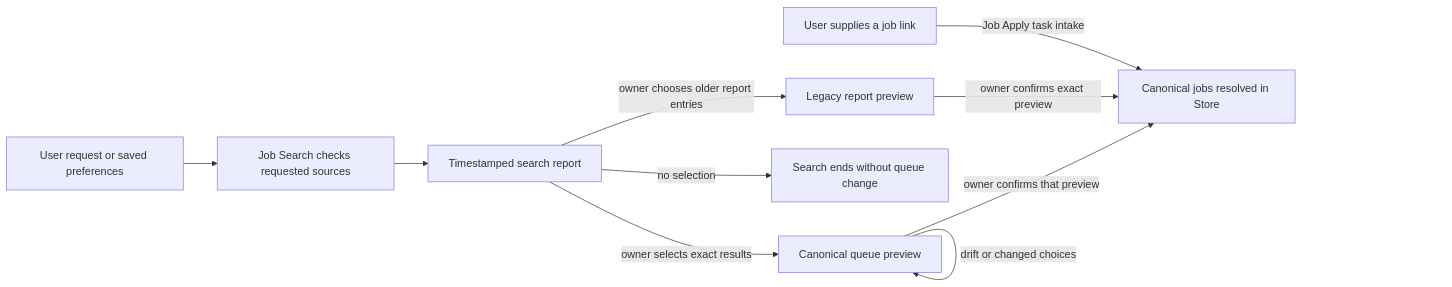
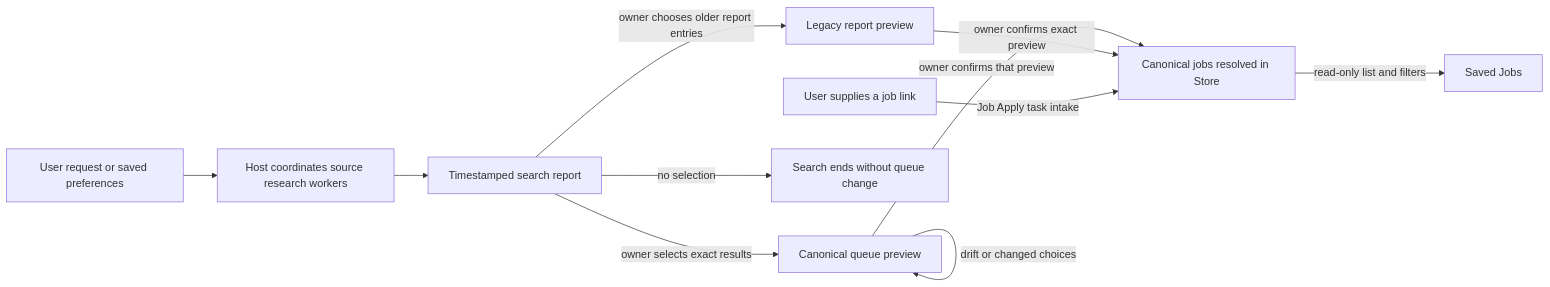
The fourth of 6 diagrams in skills/answer-memory/references/workflow-map.md (neonwatty/job-apply-plugin), drawn with Mermaid before and after one commit. The commit also changed other lines of this file and 10 other files, not shown here.

Commit message:
Add source worker search guidance and canonical Saved Jobs skill

````diff
--- a/skills/answer-memory/references/workflow-map.md
+++ b/skills/answer-memory/references/workflow-map.md
@@ -89,12 +90,13 @@
 ```mermaid
 flowchart LR
-  Criteria[User request or saved preferences] --> Search[Job Search checks requested sources]
+  Criteria[User request or saved preferences] --> Search[Host coordinates source research workers]
   Search --> Report[Timestamped search report]
   Report -->|owner selects exact results| Preview[Canonical queue preview]
   Preview -->|owner confirms that preview| Queue[Canonical jobs resolved in Store]
   Preview -->|drift or changed choices| Preview
   Report -->|owner chooses older report entries| Legacy[Legacy report preview]
   Legacy -->|owner confirms exact preview| Queue
   Report -->|no selection| End[Search ends without queue change]
   Direct[User supplies a job link] -->|Job Apply task intake| Queue
+  Queue -->|read-only list and filters| Saved[Saved Jobs]
 ```
````
